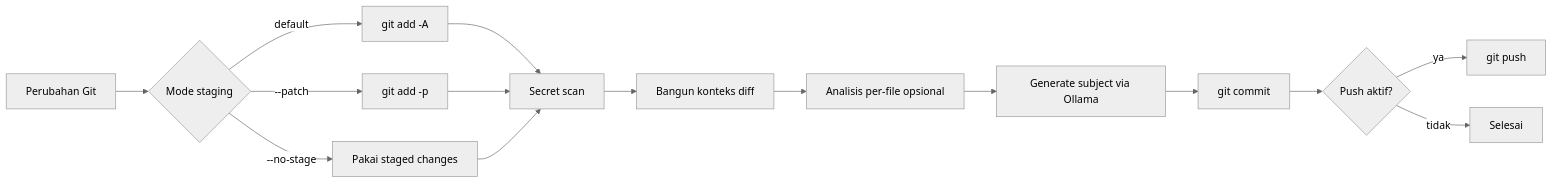
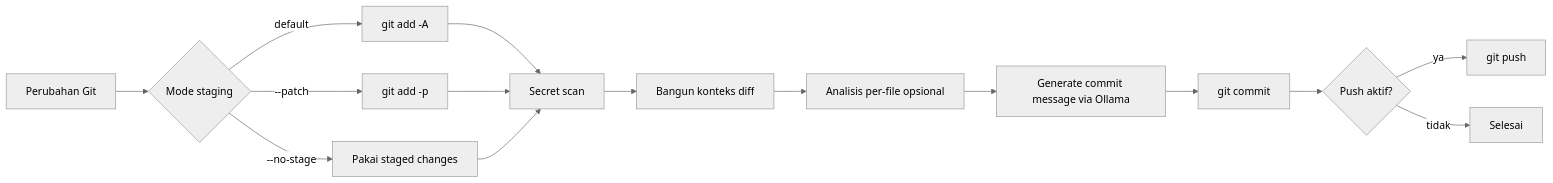
The diagram in README.md (aibersemi/git-auto-commit-ollama), drawn with Mermaid (neutral theme) before and after one commit. The commit also changed other lines of this file and 2 other files, not shown here.

First line of the commit message:
feat: Enhance git-ai functionality for structured commit message generation

````diff
--- a/README.md
+++ b/README.md
@@ -46,17 +49,17 @@
 ```mermaid
 flowchart LR
   A[Perubahan Git] --> B{Mode staging}
   B -->|default| C[git add -A]
   B -->|--patch| D[git add -p]
   B -->|--no-stage| E[Pakai staged changes]
   C --> F[Secret scan]
   D --> F
   E --> F
   F --> G[Bangun konteks diff]
   G --> H[Analisis per-file opsional]
-  H --> I[Generate subject via Ollama]
+  H --> I[Generate commit message via Ollama]
   I --> J[git commit]
   J --> K{Push aktif?}
   K -->|ya| L[git push]
   K -->|tidak| M[Selesai]
 ```
````
